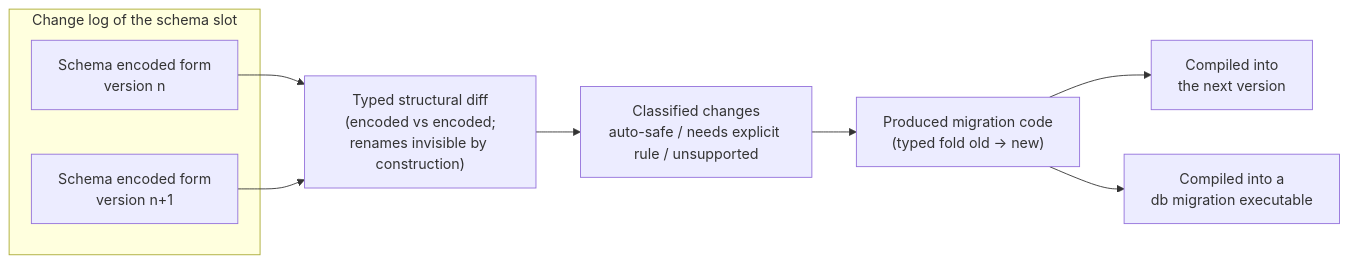
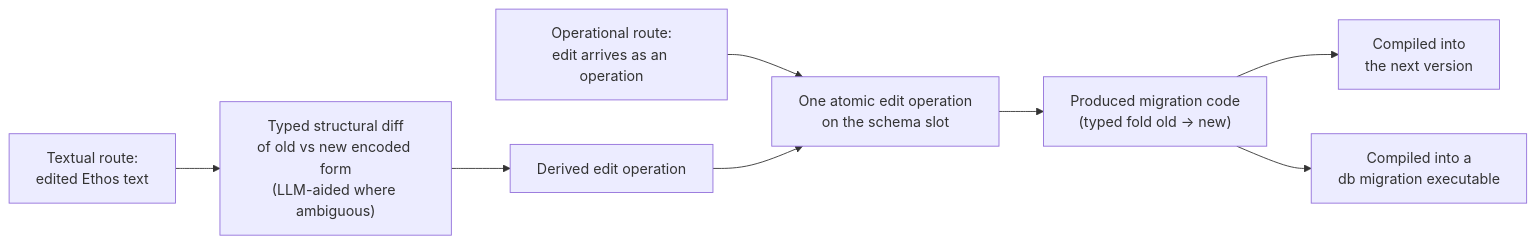
The fourth of 4 diagrams in reports/ProtosEngineHighLevelUnderstanding-2026-08-02.md (LiGoldragon/primary), drawn with Mermaid before and after one commit. The commit also changed other lines of this file and 1 other file, not shown here.

Commit message:
design: two routes into a schema edit; retired names out of definitions; report updated

````diff
--- a/reports/ProtosEngineHighLevelUnderstanding-2026-08-02.md
+++ b/reports/ProtosEngineHighLevelUnderstanding-2026-08-02.md
@@ -439,18 +452,17 @@
 ```mermaid
 flowchart LR
-    subgraph log["Change log of the schema slot"]
-        S1["Schema encoded form<br/>version n"]
-        S2["Schema encoded form<br/>version n+1"]
-    end
-    Diff["Typed structural diff<br/>(encoded vs encoded;<br/>renames invisible by construction)"]
-    Classify["Classified changes<br/>auto-safe / needs explicit rule / unsupported"]
+    Op["Operational route:<br/>edit arrives as an operation"]
+    Text["Textual route:<br/>edited Ethos text"]
+    Diff["Typed structural diff<br/>of old vs new encoded form<br/>(LLM-aided where ambiguous)"]
+    DOp["Derived edit operation"]
+    AOp["One atomic edit operation<br/>on the schema slot"]
     Code["Produced migration code<br/>(typed fold old → new)"]
     V1["Compiled into<br/>the next version"]
     V2["Compiled into a<br/>db migration executable"]
 
-    S1 --> Diff
-    S2 --> Diff
-    Diff --> Classify --> Code
+    Op --> AOp
+    Text --> Diff --> DOp --> AOp
+    AOp --> Code
     Code --> V1
     Code --> V2
 ```
````
